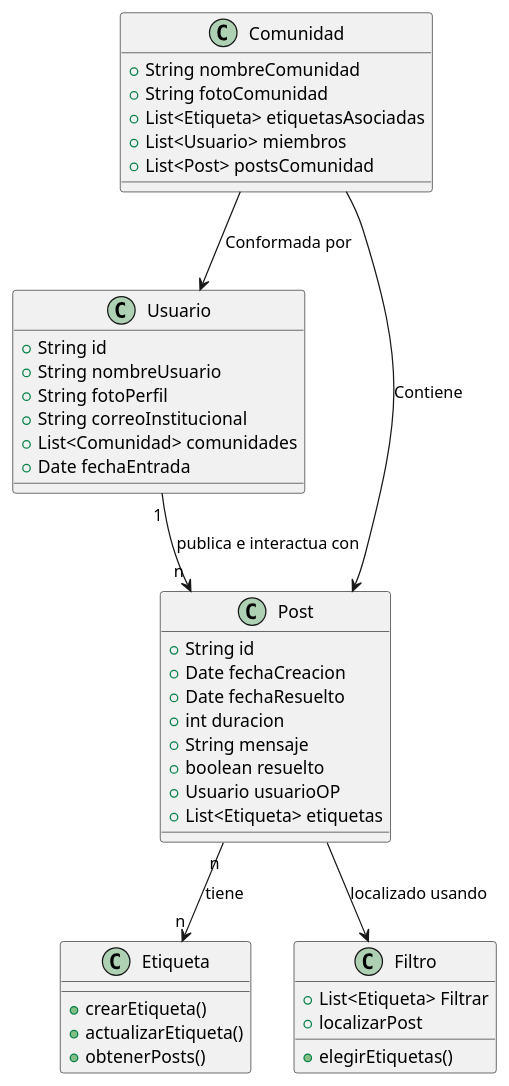
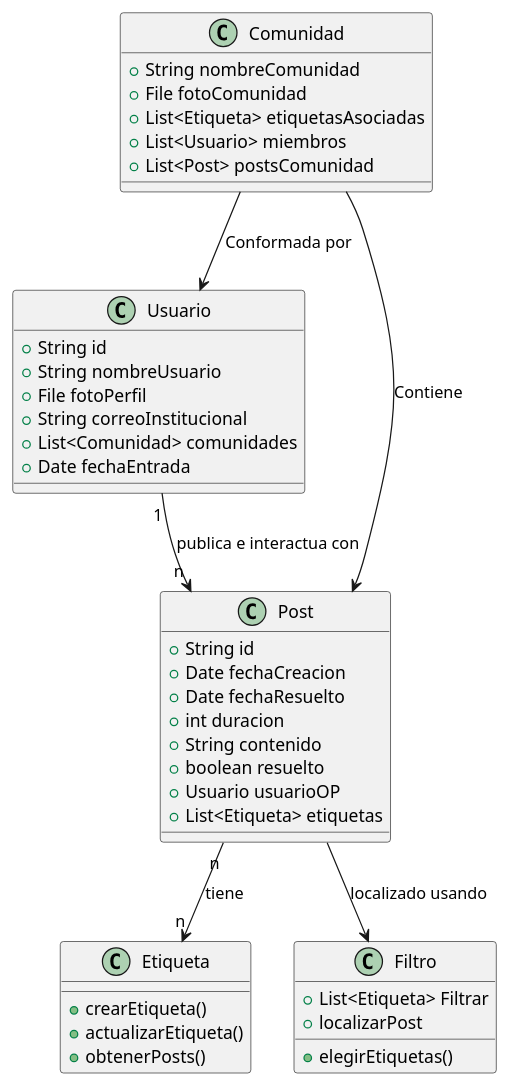
The diagram in MdD/DdClases/5ª_Iteración/DdClases.puml (miguelgomez75/24-25-IdSw1-SDR), drawn with PlantUML before and after one commit.

```diff
--- a/MdD/DdClases/5ª_Iteración/DdClases.puml
+++ b/MdD/DdClases/5ª_Iteración/DdClases.puml
@@ -1,46 +1,46 @@
 @startuml
 class Usuario {
     +String id
     +String nombreUsuario
-    +String fotoPerfil
+    +File fotoPerfil
     +String correoInstitucional
     +List<Comunidad> comunidades
     +Date fechaEntrada
 }
 class Post {
     +String id
     +Date fechaCreacion
     +Date fechaResuelto
     +int duracion
-    +String mensaje
+    +String contenido
     +boolean resuelto
     +Usuario usuarioOP
     +List<Etiqueta> etiquetas
 }
 class Etiqueta {
      +crearEtiqueta()
      +actualizarEtiqueta()
      +obtenerPosts()
 }
 
 class Comunidad{
     +String nombreComunidad
-    +String fotoComunidad
+    +File fotoComunidad
     +List<Etiqueta> etiquetasAsociadas
     +List<Usuario> miembros
     +List<Post> postsComunidad
 }
 
 class Filtro{
     +List<Etiqueta> Filtrar
     +elegirEtiquetas()
     +localizarPost
 }
 
 Usuario "1" --> "n" Post : "publica e interactua con"
 Post "n" --> "n" Etiqueta : "tiene"
 Post --> Filtro : "localizado usando"
 Comunidad --> Usuario : "Conformada por"
 Comunidad --> Post : "Contiene"
 
 @enduml
```
